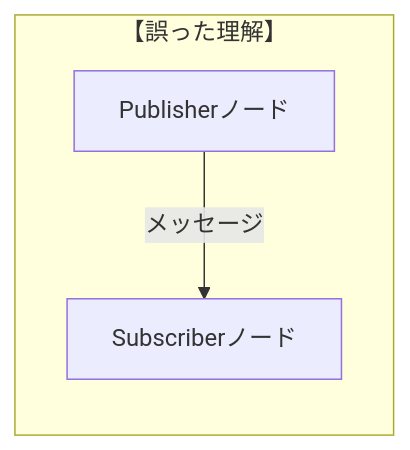
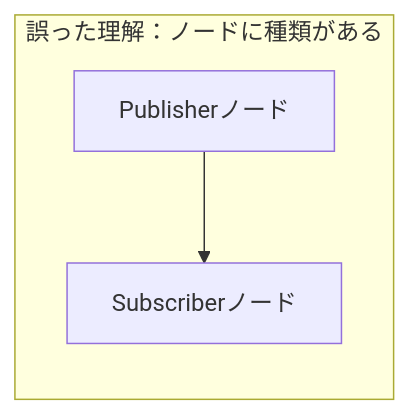
The first of 4 diagrams in docs/04_publisher_subscriber.md (Harlequinade1123/ros1-tutorials), drawn with Mermaid before and after one commit. The commit also changed other lines of this file, not shown here.

Commit message:
docs: reconstruct Mermaid diagrams in ch.4 for conceptual accuracy

````diff
--- a/docs/04_publisher_subscriber.md
+++ b/docs/04_publisher_subscriber.md
@@ -28,6 +28,6 @@
 ```mermaid
 graph LR
-    subgraph "【誤った理解】"
-        Pw["Publisherノード"] -->|"メッセージ"| Sw["Subscriberノード"]
+    subgraph "誤った理解：ノードに種類がある"
+        Pw["Publisherノード"] --> Sw["Subscriberノード"]
     end
 ```
````
